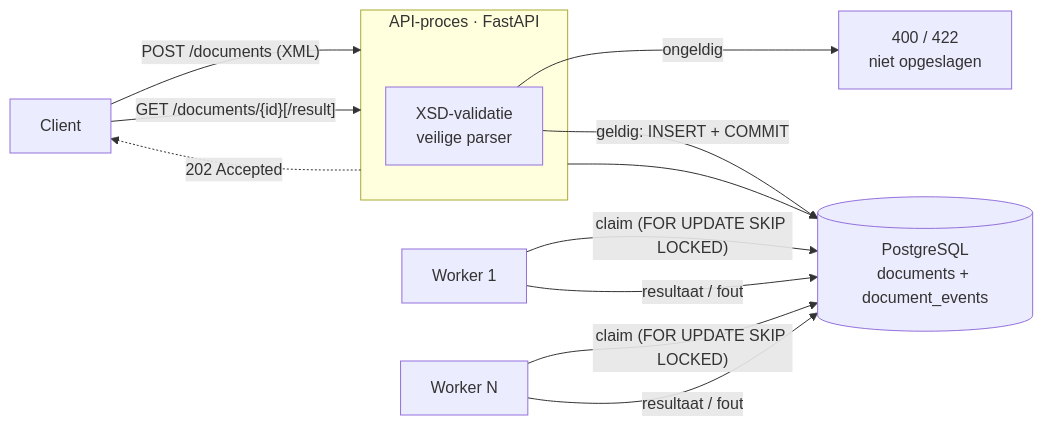
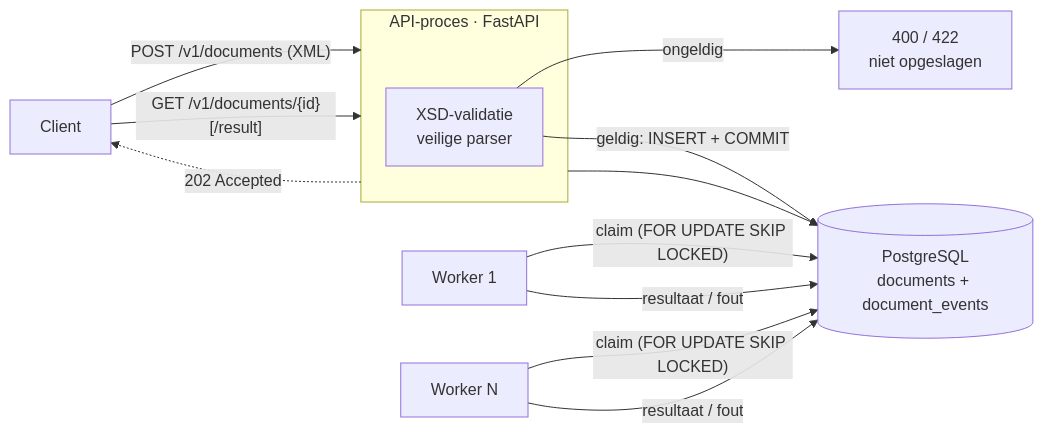
Before and after one commit to FemkeK/XML-docs-processing: the first of 2 diagrams in README.md, drawn with Mermaid. The commit also changed other lines of this file and 15 other files, not shown here.

````diff
--- a/README.md
+++ b/README.md
@@ -62,13 +62,13 @@
 ```mermaid
 flowchart LR
-    C[Client] -- "POST /documents (XML)" --> API
+    C[Client] -- "POST /v1/documents (XML)" --> API
     subgraph API[API-proces · FastAPI]
         V[XSD-validatie<br/>veilige parser]
     end
     V -- ongeldig --> R[400 / 422<br/>niet opgeslagen]
     V -- geldig: INSERT + COMMIT --> DB[(PostgreSQL<br/>documents + document_events)]
     API -. "202 Accepted" .-> C
     W1[Worker 1] & W2[Worker N] -- "claim (FOR UPDATE SKIP LOCKED)" --> DB
     W1 & W2 -- "resultaat / fout" --> DB
-    C -- "GET /documents/{id}[/result]" --> API --> DB
+    C -- "GET /v1/documents/{id}[/result]" --> API --> DB
 ```
````
